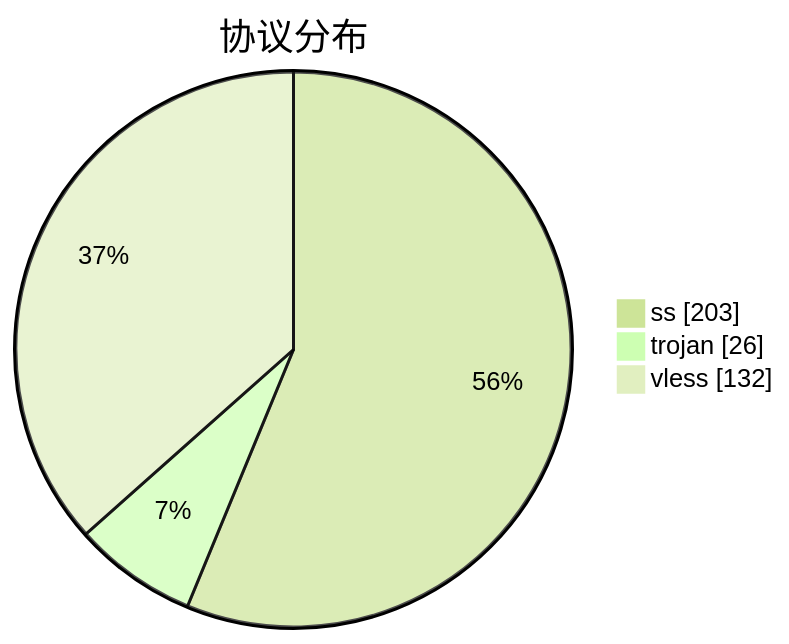
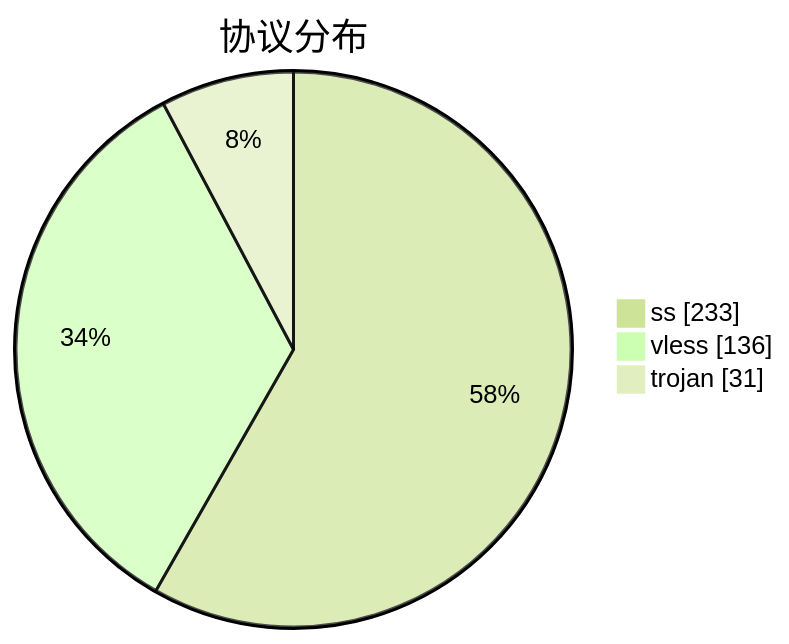
The third of 3 diagrams in subs/statistics/tested_within.md (qjlxg/airport), drawn with Mermaid (forest theme) before and after one commit. The commit also changed other lines of this file and 2 other files, not shown here.

````diff
--- a/subs/statistics/tested_within.md
+++ b/subs/statistics/tested_within.md
@@ -30,7 +33,7 @@
 ```mermaid
 pie showData
 title 协议分布
-"ss" : 203
-"trojan" : 26
-"vless" : 132
+"ss" : 233
+"vless" : 136
+"trojan" : 31
 ```
````
